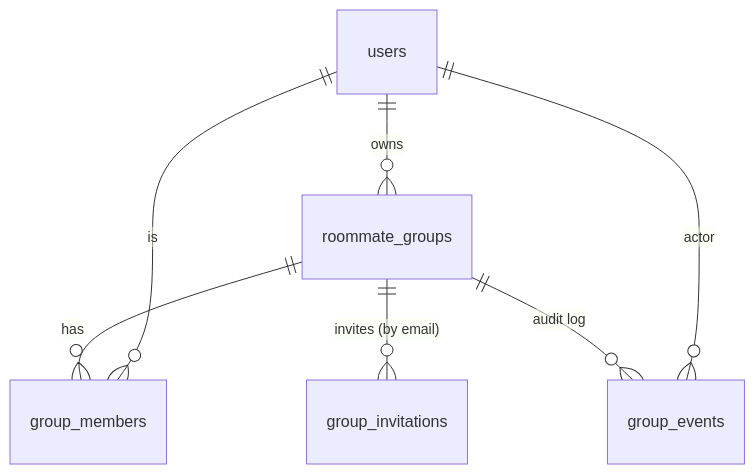
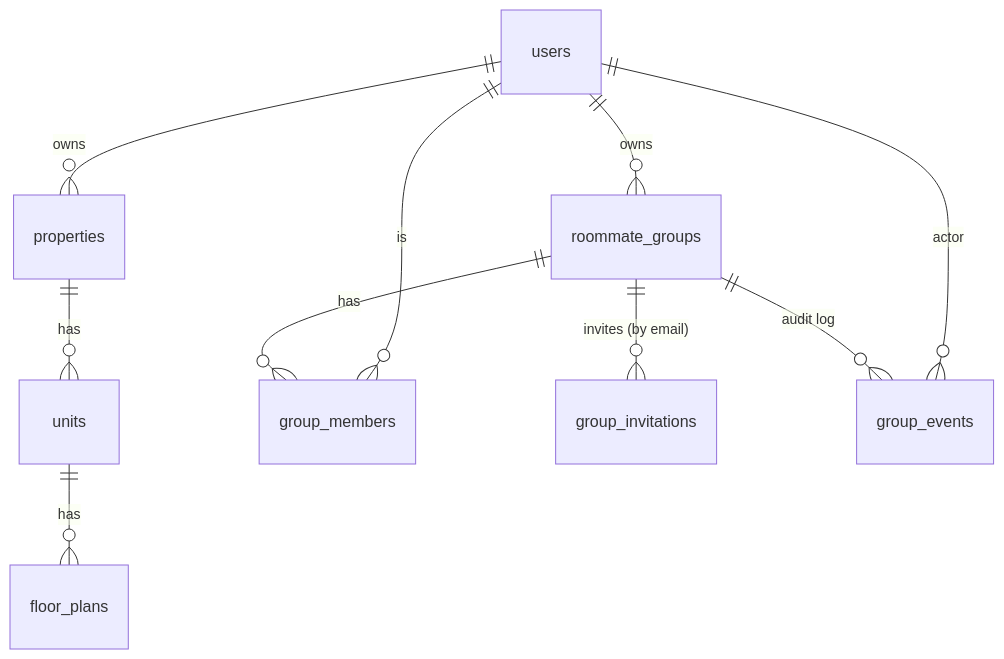
The sixth of 8 diagrams in README.md (henryxoliveira/stable), drawn with Mermaid before and after one commit. The commit also changed other lines of this file and 17 other files, not shown here.

First line of the commit message:
Add properties, units, and floor plans for landlords (A2)

````diff
--- a/README.md
+++ b/README.md
@@ -402,9 +435,12 @@
 ```mermaid
 erDiagram
+    users ||--o{ properties : owns
+    properties ||--o{ units : has
+    units ||--o{ floor_plans : has
     users ||--o{ roommate_groups : owns
     roommate_groups ||--o{ group_members : has
     users ||--o{ group_members : "is"
     roommate_groups ||--o{ group_invitations : "invites (by email)"
     roommate_groups ||--o{ group_events : "audit log"
     users ||--o{ group_events : "actor"
 ```
````
